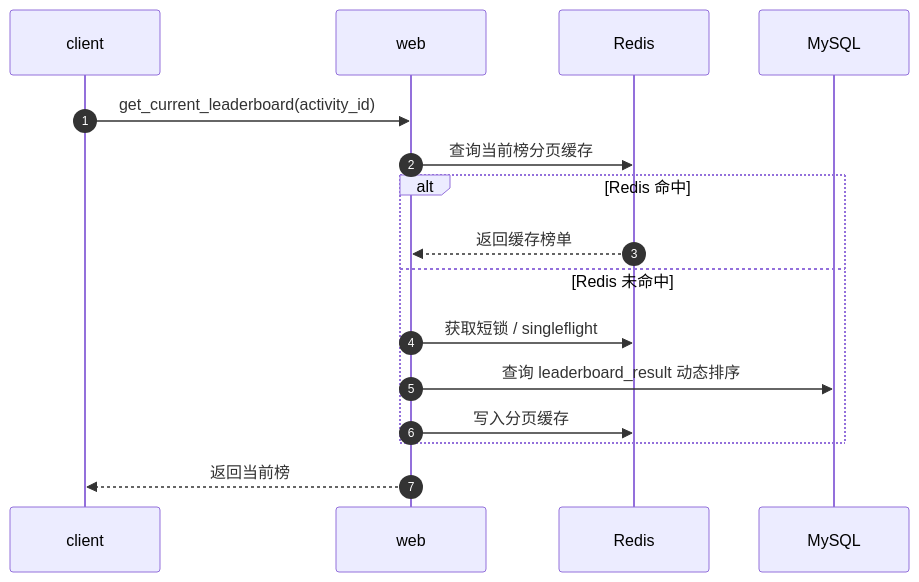
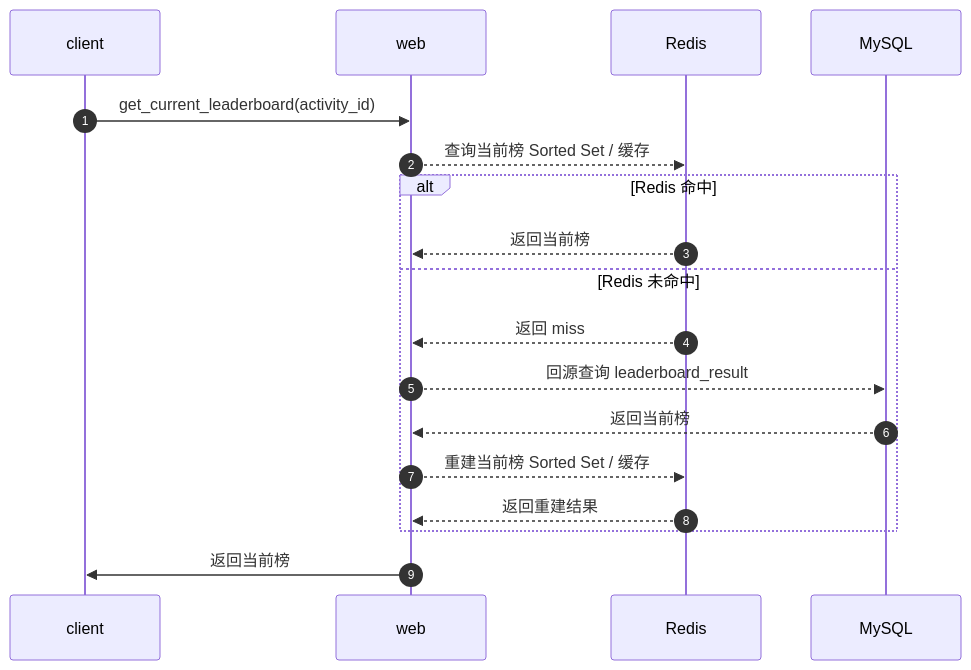
Before and after one commit to zdl20251023-pixel/agent-frame: the ninth of 23 diagrams in docs/复述扑克/评审02/02-设计文档.md, drawn with Mermaid. The commit also changed other lines of this file and 1 other file, not shown here.

````diff
--- a/docs/复述扑克/评审02/02-设计文档.md
+++ b/docs/复述扑克/评审02/02-设计文档.md
@@ -457,21 +465,23 @@
 ```mermaid
 sequenceDiagram
     autonumber
     participant client
     participant web
     participant Redis
     participant MySQL
 
     client->>web: get_current_leaderboard(activity_id)
-    web->>Redis: 查询当前榜分页缓存
+    web-->>Redis: 查询当前榜 Sorted Set / 缓存
 
     alt Redis 命中
-        Redis-->>web: 返回缓存榜单
+        Redis-->>web: 返回当前榜
     else Redis 未命中
-        web->>Redis: 获取短锁 / singleflight
-        web->>MySQL: 查询 leaderboard_result 动态排序
-        web->>Redis: 写入分页缓存
+        Redis-->>web: 返回 miss
+        web-->>MySQL: 回源查询 leaderboard_result
+        MySQL-->>web: 返回当前榜
+        web-->>Redis: 重建当前榜 Sorted Set / 缓存
+        Redis-->>web: 返回重建结果
     end
 
-    web-->>client: 返回当前榜
+    web->>client: 返回当前榜
 ```
````
